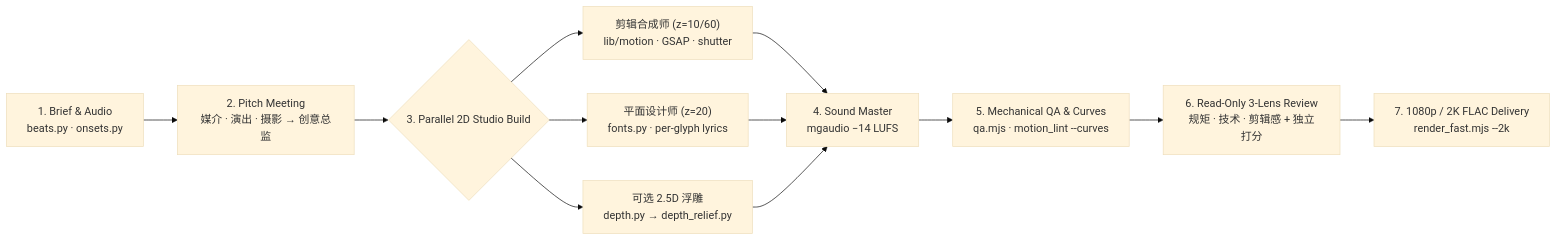
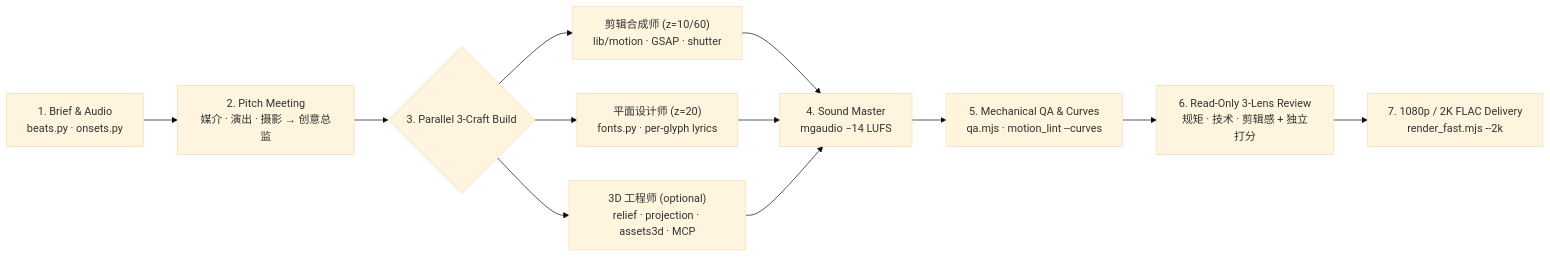
One commit to qianqiucn/Chiakis-video-skill changed the diagram in README.md. Above: the diagram before and after it, drawn with Mermaid (base theme). The commit also changed other lines of this file and 28 other files, not shown here.

Commit message:
feat(v1.3.0): flagship full Blender 3D pipeline, 3-craft studio & beginner Blender MCP guide

````diff
--- a/README.md
+++ b/README.md
@@ -102,12 +104,12 @@
 ```mermaid
 flowchart LR
     A["1. Brief & Audio<br/>beats.py · onsets.py"] --> B["2. Pitch Meeting<br/>媒介 · 演出 · 摄影 → 创意总监"]
-    B --> C{"3. Parallel 2D Studio Build"}
+    B --> C{"3. Parallel 3-Craft Build"}
     C --> C1["剪辑合成师 (z=10/60)<br/>lib/motion · GSAP · shutter"]
     C --> C2["平面设计师 (z=20)<br/>fonts.py · per-glyph lyrics"]
-    C --> C3["可选 2.5D 浮雕<br/>depth.py → depth_relief.py"]
+    C --> C3["3D 工程师 (optional)<br/>relief · projection · assets3d · MCP"]
     C1 & C2 & C3 --> D["4. Sound Master<br/>mgaudio −14 LUFS"]
     D --> E["5. Mechanical QA & Curves<br/>qa.mjs · motion_lint --curves"]
     E --> F["6. Read-Only 3-Lens Review<br/>规矩 · 技术 · 剪辑感 + 独立打分"]
     F --> G["7. 1080p / 2K FLAC Delivery<br/>render_fast.mjs --2k"]
 ```
````
